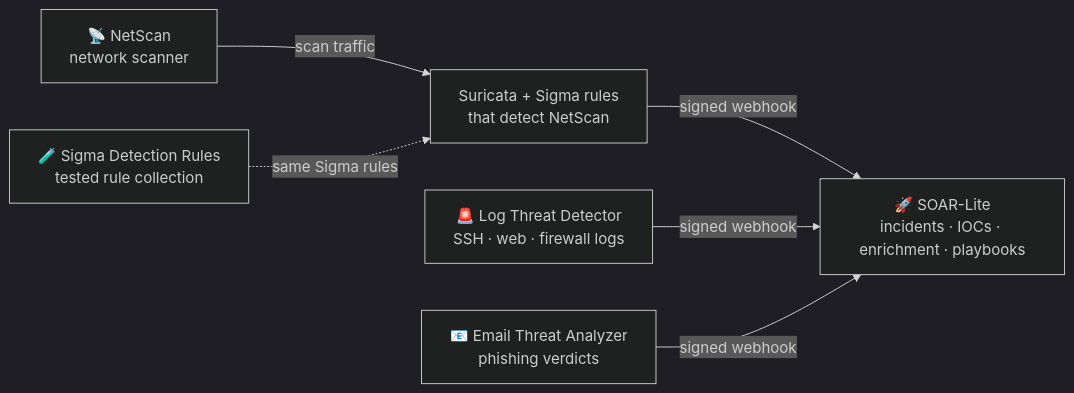
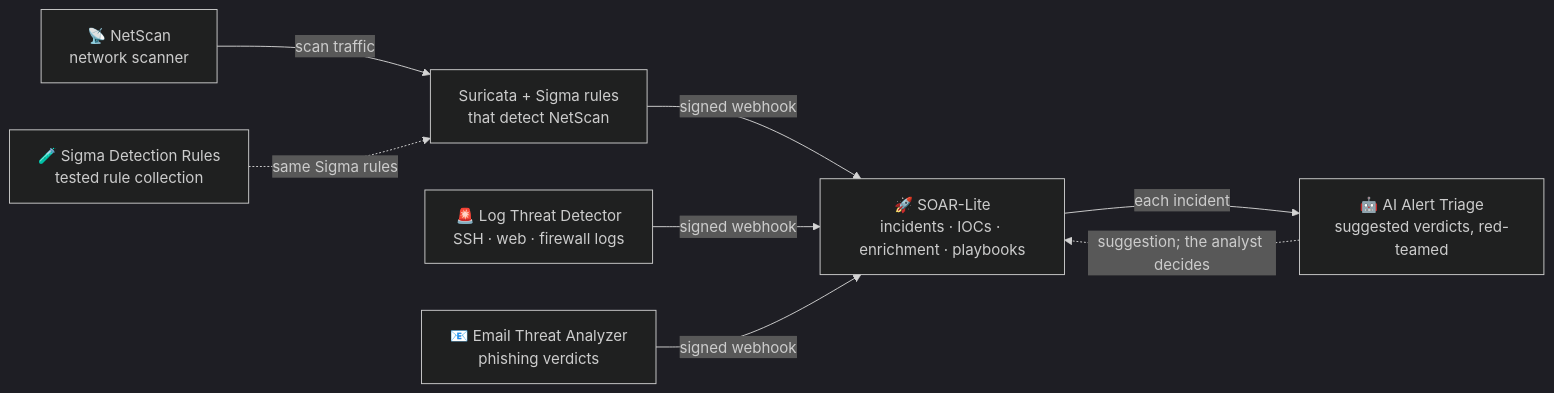
Before and after one commit to AhmedDAH1/AhmedDAH1: the diagram in README.md, drawn with Mermaid (dark theme). The commit also changed other lines of this file, not shown here.

Commit message:
Profile: AI Alert Triage, SOAR-Lite v3 and the SOC Lab live console

````diff
--- a/README.md
+++ b/README.md
@@ -20,8 +20,10 @@
 ```mermaid
 flowchart LR
     NS["📡 NetScan<br/>network scanner"] -- "scan traffic" --> DR["Suricata + Sigma rules<br/>that detect NetScan"]
     SR["🧪 Sigma Detection Rules<br/>tested rule collection"] -.->|"same Sigma rules"| DR
     DR -- "signed webhook" --> SOAR["🚀 SOAR-Lite<br/>incidents · IOCs · enrichment · playbooks"]
     LTD["🚨 Log Threat Detector<br/>SSH · web · firewall logs"] -- "signed webhook" --> SOAR
     ETA["📧 Email Threat Analyzer<br/>phishing verdicts"] -- "signed webhook" --> SOAR
+    SOAR -- "each incident" --> AI["🤖 AI Alert Triage<br/>suggested verdicts, red-teamed"]
+    AI -. "suggestion; the analyst decides" .-> SOAR
 ```
````
